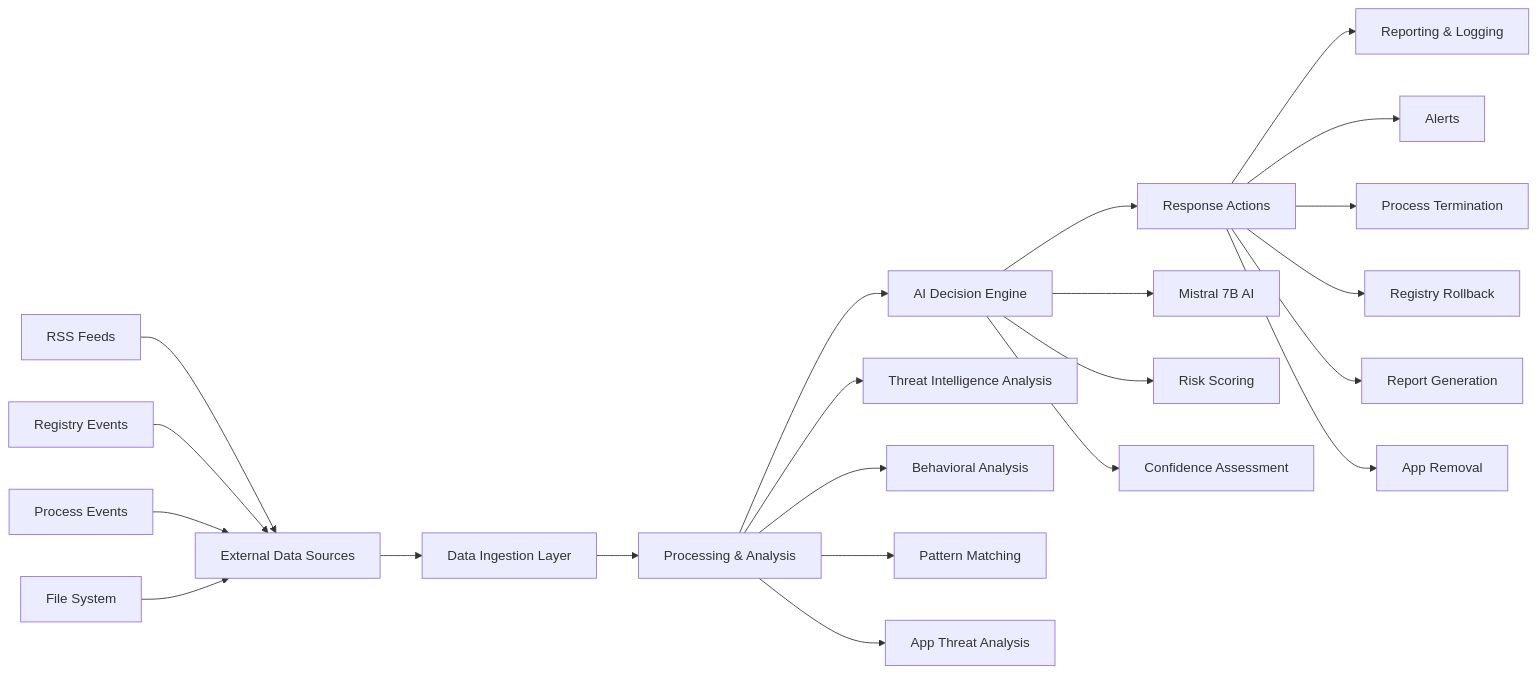
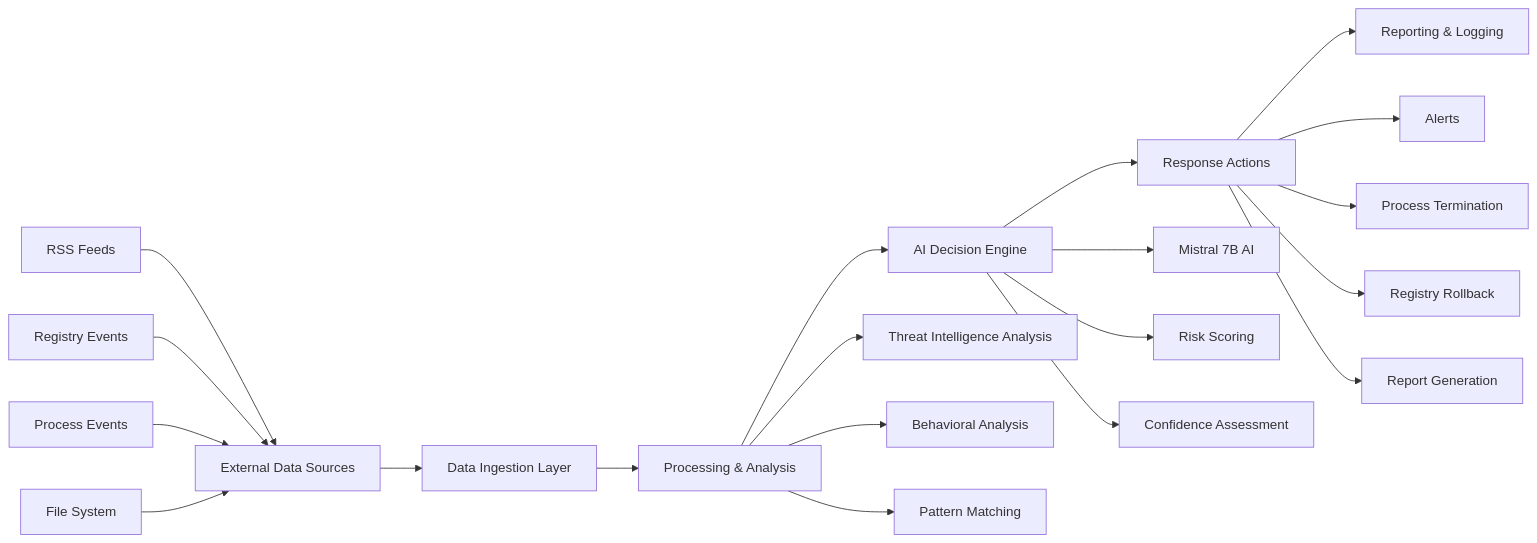
One commit to AirbusA321NX/guardrail_system changed the second of 2 diagrams in README.md. Above: the diagram before and after it, drawn with Mermaid. The commit also changed other lines of this file, not shown here.

Commit message:
Add flowchart for registry monitoring workflow

````diff
--- a/README.md
+++ b/README.md
@@ -98,28 +88,26 @@
 ```mermaid
 graph LR
     A[External Data Sources] --> B[Data Ingestion Layer]
     B --> C[Processing & Analysis]
     C --> D[AI Decision Engine]
     D --> E[Response Actions]
     E --> F[Reporting & Logging]
     
     A1[RSS Feeds] --> A
     A2[Registry Events] --> A
     A3[Process Events] --> A
     A4[File System] --> A
     
     C --> C1[Threat Intelligence Analysis]
     C --> C2[Behavioral Analysis]
     C --> C3[Pattern Matching]
-    C --> C4[App Threat Analysis]
     
     D --> D1[Mistral 7B AI]
     D --> D2[Risk Scoring]
     D --> D3[Confidence Assessment]
     
     E --> E1[Alerts]
     E --> E2[Process Termination]
     E --> E3[Registry Rollback]
     E --> E4[Report Generation]
-    E --> E5[App Removal]
 ```
````
